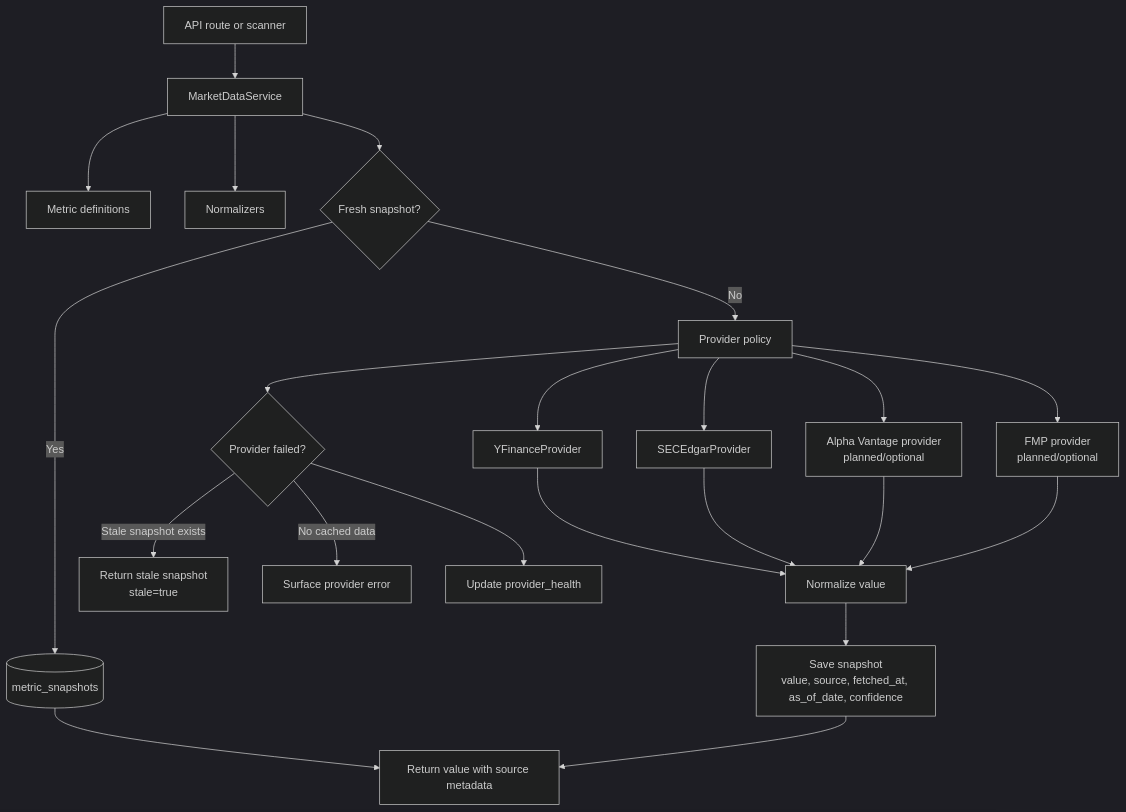
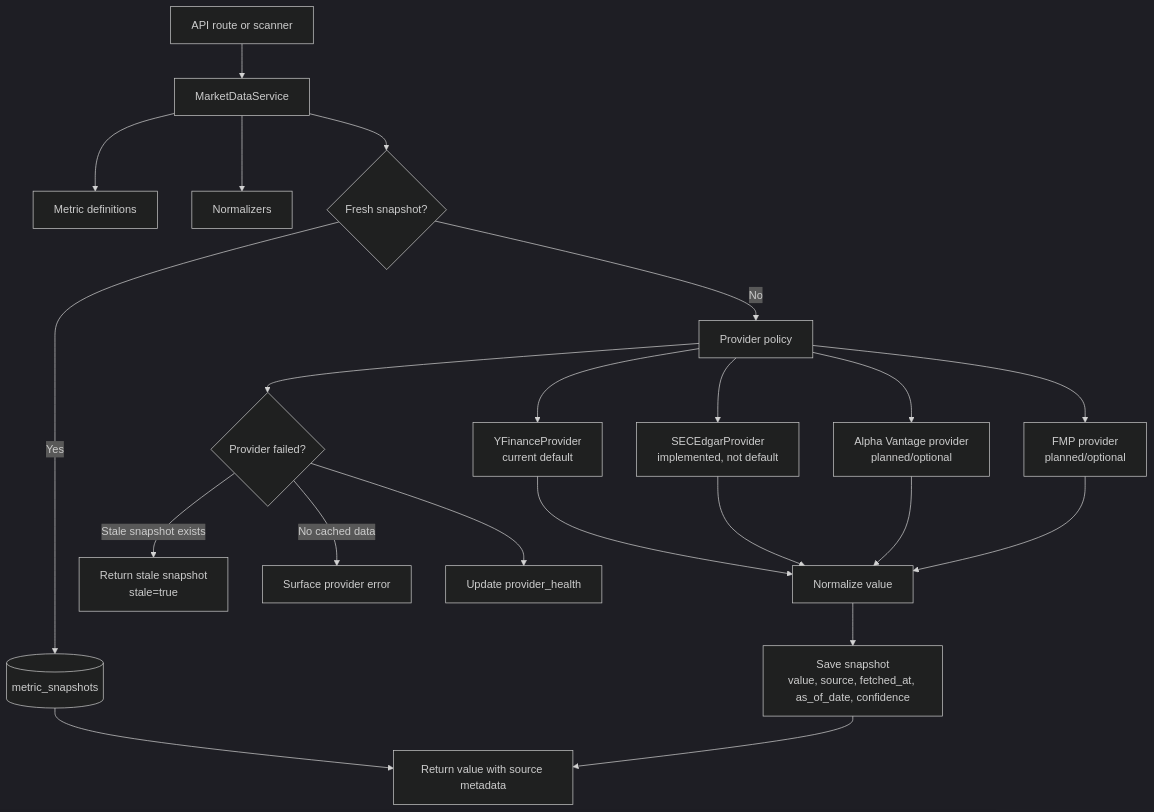
One commit to arfipod/fundamentracker changed the third of 3 diagrams in docs/ARCHITECTURE.md. Above: the diagram before and after it, drawn with Mermaid (dark theme). The commit also changed other lines of this file and 12 other files, not shown here.

````diff
--- a/docs/ARCHITECTURE.md
+++ b/docs/ARCHITECTURE.md
@@ -95,29 +101,29 @@
 ```mermaid
 flowchart TD
     Caller[API route or scanner] --> MDS[MarketDataService]
     MDS --> MetricCatalog[Metric definitions]
     MDS --> Normalizers[Normalizers]
     MDS --> CacheCheck{Fresh snapshot?}
 
     CacheCheck -- Yes --> Fresh[(metric_snapshots)]
     Fresh --> Response[Return value with source metadata]
 
     CacheCheck -- No --> ProviderPolicy[Provider policy]
-    ProviderPolicy --> YF[YFinanceProvider]
-    ProviderPolicy --> SEC[SECEdgarProvider]
+    ProviderPolicy --> YF[YFinanceProvider<br/>current default]
+    ProviderPolicy --> SEC[SECEdgarProvider<br/>implemented, not default]
     ProviderPolicy --> AV[Alpha Vantage provider<br/>planned/optional]
     ProviderPolicy --> FMP[FMP provider<br/>planned/optional]
 
     YF --> Normalize[Normalize value]
     SEC --> Normalize
     AV --> Normalize
     FMP --> Normalize
 
     Normalize --> SaveSnapshot[Save snapshot<br/>value, source, fetched_at, as_of_date, confidence]
     SaveSnapshot --> Response
 
     ProviderPolicy --> Failure{Provider failed?}
     Failure -- Stale snapshot exists --> Stale[Return stale snapshot<br/>stale=true]
     Failure -- No cached data --> Error[Surface provider error]
     Failure --> Health[Update provider_health]
 ```
````
